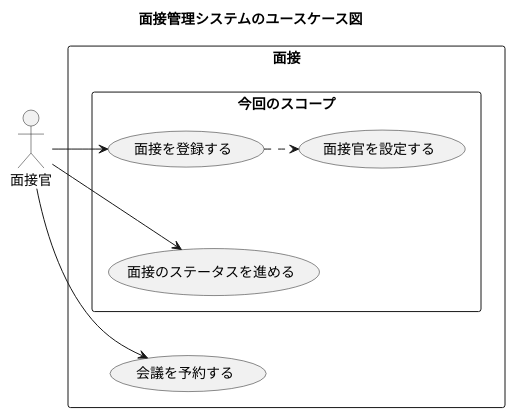
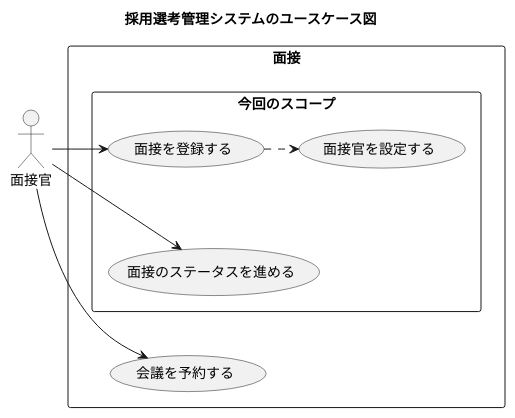
One commit to asura/handcopying_webdbpress_ddd changed the diagram in 面接管理システム/01_ユースケース/use_case.puml. Above: the diagram before and after it, drawn with PlantUML. The commit also changed 1 other file, not shown here.

```diff
--- a/面接管理システム/01_ユースケース/use_case.puml
+++ b/面接管理システム/01_ユースケース/use_case.puml
@@ -1,28 +1,28 @@
 @startuml use_case
 
 skinparam {
   Monochrome true
   Shadowing false
 }
 
-title 面接管理システムのユースケース図
+title 採用選考管理システムのユースケース図
 
 :面接官: as actor
 
 rectangle 面接 {
   rectangle 今回のスコープ {
     (面接を登録する) as uc1
     (面接官を設定する) as uc2
     (面接のステータスを進める) as uc3
   }
   (会議を予約する) as uc4
 }
 
 uc1 .[hidden]. uc3
 uc3 .[hidden]. uc4
 actor -r-> uc1
 actor --> uc3
 actor --> uc4
 uc1 .r.> uc2
 
 @enduml
```
